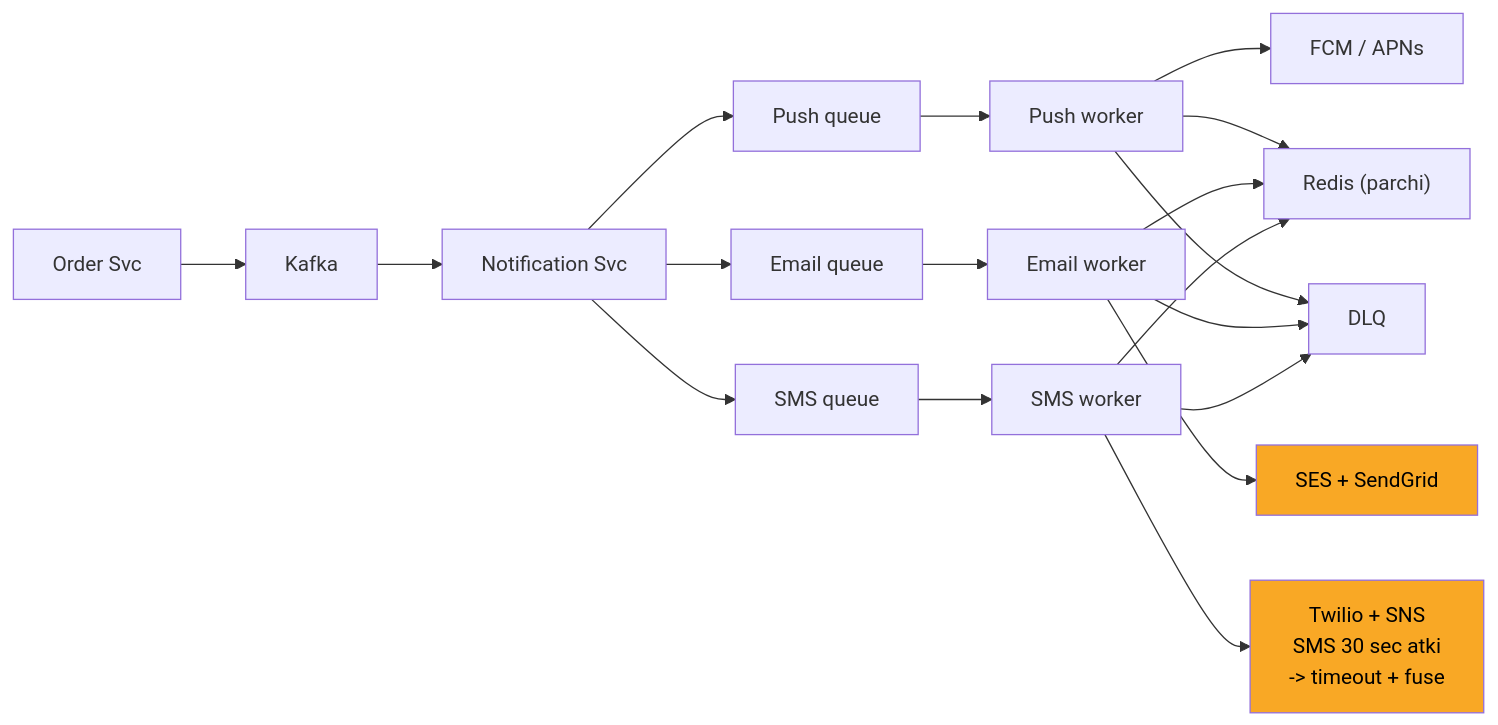
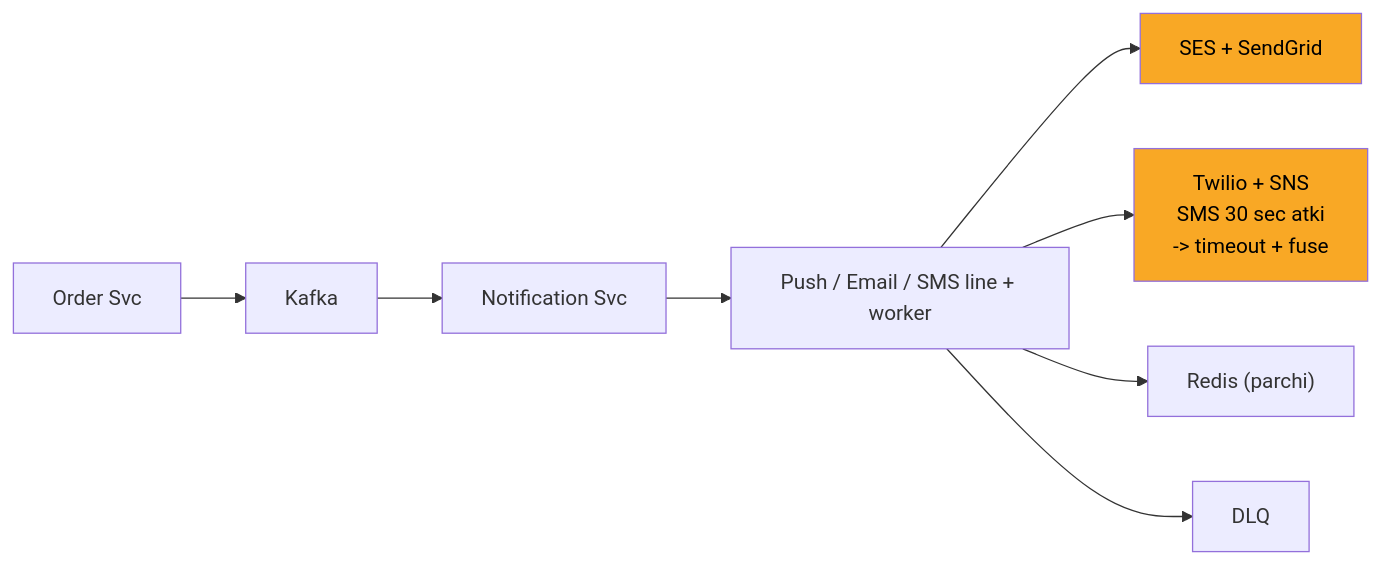
Before and after one commit to ArpanMaheshwari144/Prep: the seventh of 13 diagrams in 04_HLD/SYSTEM_DESIGNS/04_notification_system/04_notification_system.md, drawn with Mermaid. The commit also changed other lines of this file and 11 other files, not shown here.

Commit message:
hld: card diagrams max 8 boxes (App x N, merged stores/chains; full diagram only in AAKHRI DABBA)

````diff
--- a/04_HLD/SYSTEM_DESIGNS/04_notification_system/04_notification_system.md
+++ b/04_HLD/SYSTEM_DESIGNS/04_notification_system/04_notification_system.md
@@ -332,36 +264,20 @@
 ```mermaid
 flowchart LR
     n_Order_Svc["Order Svc"]
     n_Kafka["Kafka"]
     n_Notification_Svc["Notification Svc"]
-    n_Push_queue["Push queue"]
-    n_Push_worker["Push worker"]
-    n_FCM_APNs["FCM / APNs"]
-    n_Email_queue["Email queue"]
-    n_Email_worker["Email worker"]
+    n_LINES["Push / Email / SMS line + worker"]
     n_SES["SES + SendGrid"]
-    n_SMS_queue["SMS queue"]
-    n_SMS_worker["SMS worker"]
     n_Twilio["Twilio + SNS<br/>SMS 30 sec atki<br/>-> timeout + fuse"]
     n_Redis["Redis (parchi)"]
     n_DLQ["DLQ"]
     n_Order_Svc --> n_Kafka
     n_Kafka --> n_Notification_Svc
-    n_Notification_Svc --> n_Push_queue
-    n_Notification_Svc --> n_Email_queue
-    n_Notification_Svc --> n_SMS_queue
-    n_Push_queue --> n_Push_worker
-    n_Push_worker --> n_FCM_APNs
-    n_Email_queue --> n_Email_worker
-    n_Email_worker --> n_SES
-    n_SMS_queue --> n_SMS_worker
-    n_SMS_worker --> n_Twilio
-    n_Push_worker --> n_Redis
-    n_Email_worker --> n_Redis
-    n_SMS_worker --> n_Redis
-    n_Push_worker --> n_DLQ
-    n_Email_worker --> n_DLQ
-    n_SMS_worker --> n_DLQ
+    n_Notification_Svc --> n_LINES
+    n_LINES --> n_SES
+    n_LINES --> n_Twilio
+    n_LINES --> n_Redis
+    n_LINES --> n_DLQ
+    style n_SES fill:#f9a825,color:#000
     style n_Twilio fill:#f9a825,color:#000
-    style n_SES fill:#f9a825,color:#000
 ```
````
